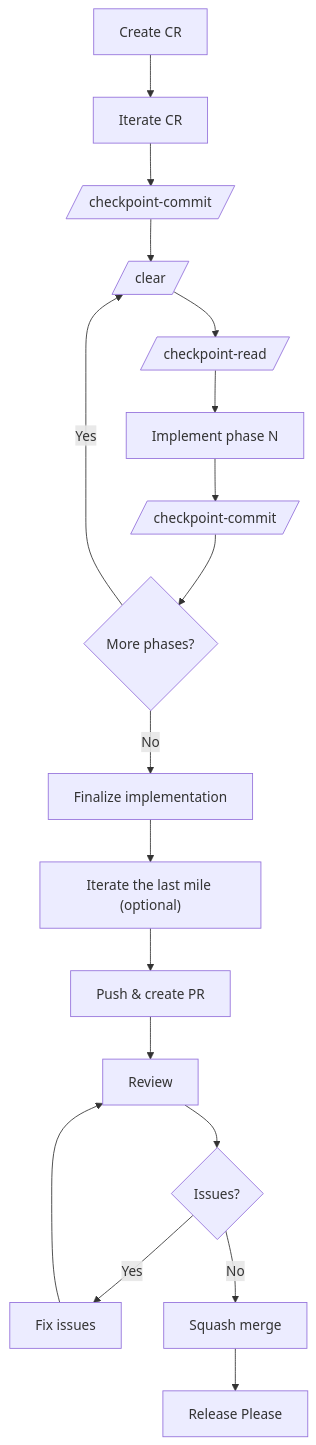
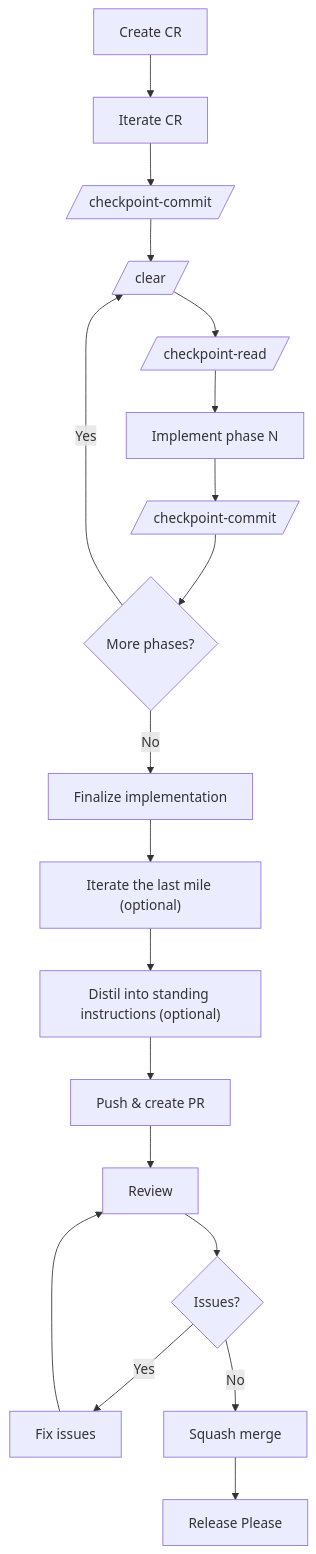
Before and after one commit to desek/governance: the fourth of 4 diagrams in WORKFLOW.md, drawn with Mermaid. The commit also changed other lines of this file and 34 other files, not shown here.

````diff
--- a/WORKFLOW.md
+++ b/WORKFLOW.md
@@ -165,20 +179,21 @@
 ```mermaid
 flowchart TD
     A[Create CR] --> B[Iterate CR]
     B --> C[/checkpoint-commit/]
     C --> D[/clear/]
     D --> E[/checkpoint-read/]
     E --> F["Implement phase N"]
     F --> G[/checkpoint-commit/]
     G --> H{More phases?}
     H -->|Yes| D
     H -->|No| I[Finalize implementation]
     I --> P["Iterate the last mile (optional)"]
-    P --> J[Push & create PR]
+    P --> P2["Distil into standing instructions (optional)"]
+    P2 --> J[Push & create PR]
     J --> K[Review]
     K --> L{Issues?}
     L -->|Yes| M[Fix issues]
     M --> K
     L -->|No| N[Squash merge]
     N --> O[Release Please]
 ```
````
